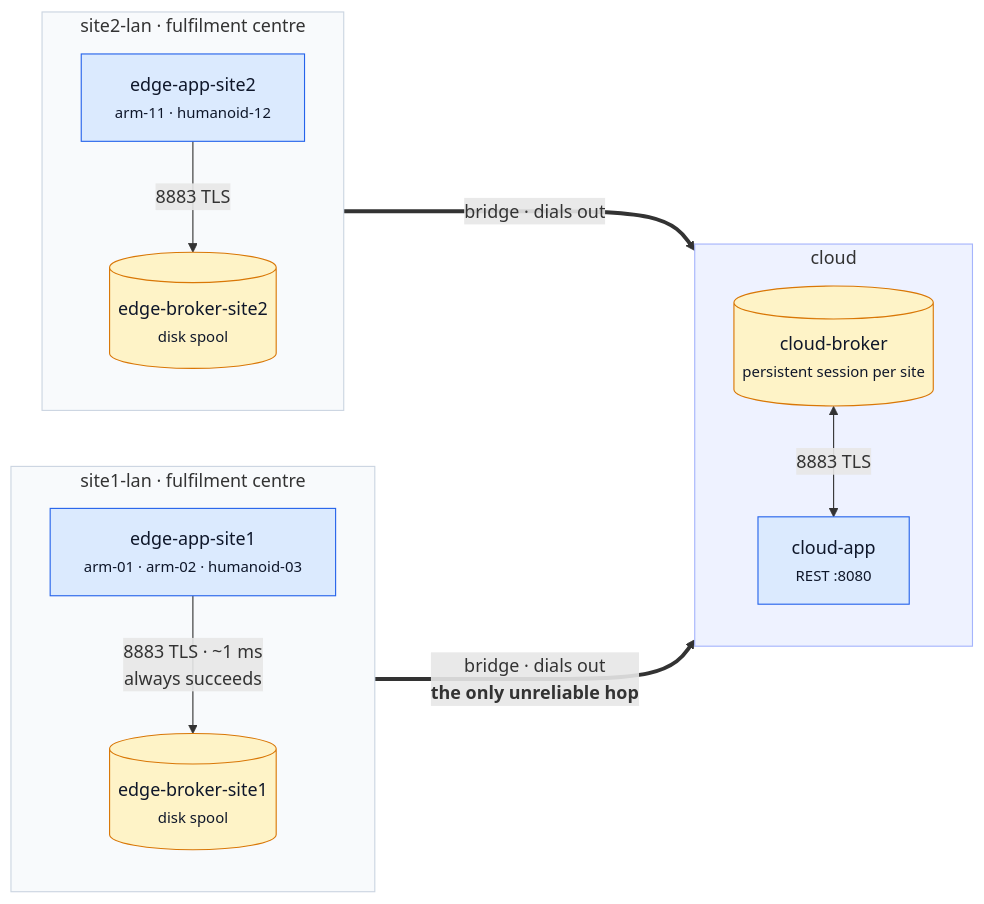
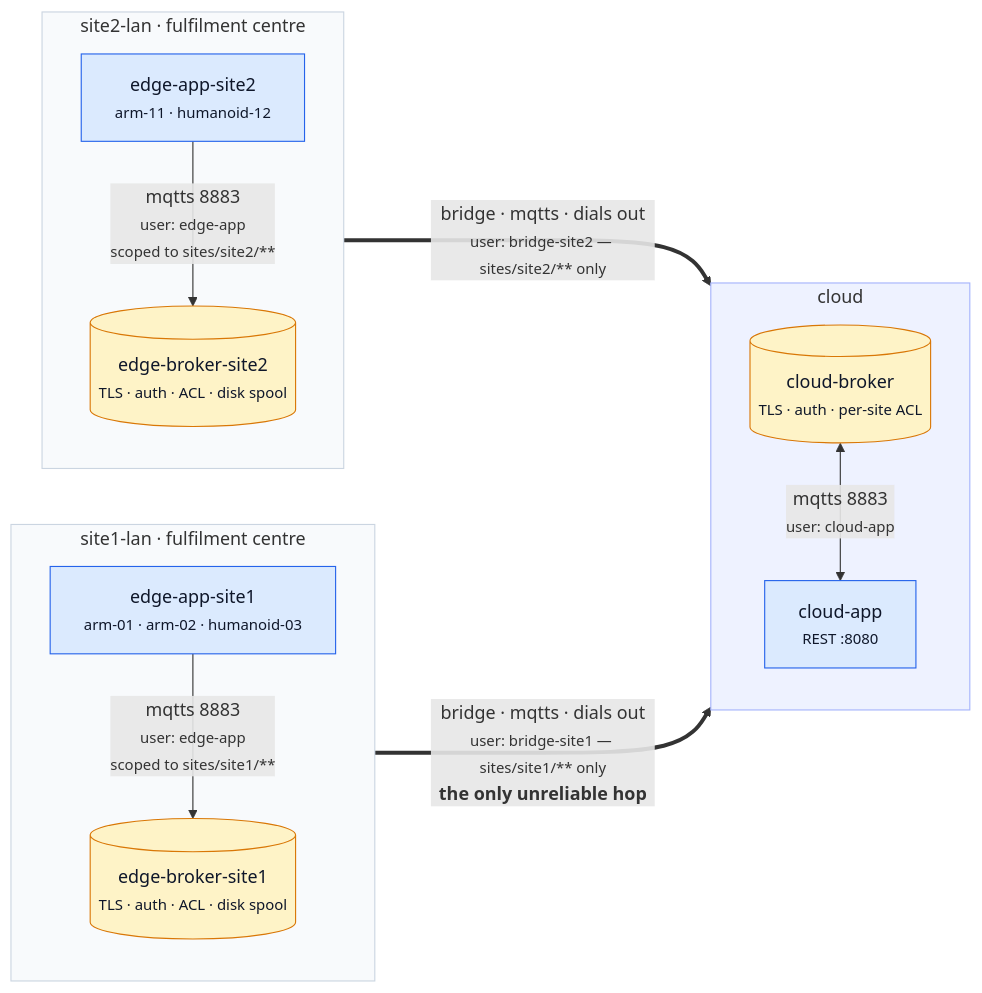
Before and after one commit to jinternals/mqtt: the first of 4 diagrams in README.md, drawn with Mermaid. The commit also changed other lines of this file and 1 other file, not shown here.

First line of the commit message:
docs: put security in the diagrams — TLS, credentials and the ACL boundary

````diff
--- a/README.md
+++ b/README.md
@@ -48,34 +48,34 @@
 ```mermaid
 flowchart LR
     subgraph S1["site1-lan · fulfilment centre"]
         direction TB
         EA1["edge-app-site1<br/><small>arm-01 · arm-02 · humanoid-03</small>"]
-        EB1[("edge-broker-site1<br/><small>disk spool</small>")]
-        EA1 -->|"8883 TLS · ~1 ms<br/>always succeeds"| EB1
+        EB1[("edge-broker-site1<br/><small>TLS · auth · ACL · disk spool</small>")]
+        EA1 -->|"mqtts 8883<br/><small>user: edge-app<br/>scoped to sites/site1/**</small>"| EB1
     end
 
     subgraph S2["site2-lan · fulfilment centre"]
         direction TB
         EA2["edge-app-site2<br/><small>arm-11 · humanoid-12</small>"]
-        EB2[("edge-broker-site2<br/><small>disk spool</small>")]
-        EA2 -->|"8883 TLS"| EB2
+        EB2[("edge-broker-site2<br/><small>TLS · auth · ACL · disk spool</small>")]
+        EA2 -->|"mqtts 8883<br/><small>user: edge-app<br/>scoped to sites/site2/**</small>"| EB2
     end
 
     subgraph W["cloud"]
         direction TB
-        CB[("cloud-broker<br/><small>persistent session per site</small>")]
+        CB[("cloud-broker<br/><small>TLS · auth · per-site ACL</small>")]
         CA["cloud-app<br/><small>REST :8080</small>"]
-        CB <-->|"8883 TLS"| CA
+        CB <-->|"mqtts 8883<br/><small>user: cloud-app</small>"| CA
     end
 
-    EB1 ===>|"bridge · dials out<br/><b>the only unreliable hop</b>"| CB
-    EB2 ===>|"bridge · dials out"| CB
+    EB1 ===>|"bridge · mqtts · dials out<br/><small>user: bridge-site1 — sites/site1/** only</small><br/><b>the only unreliable hop</b>"| CB
+    EB2 ===>|"bridge · mqtts · dials out<br/><small>user: bridge-site2 — sites/site2/** only</small>"| CB
 
     classDef app fill:#dbeafe,stroke:#2563eb,color:#0f172a
     classDef broker fill:#fef3c7,stroke:#d97706,color:#0f172a
     class EA1,EA2,CA app
     class EB1,EB2,CB broker
     style S1 fill:#f8fafc,stroke:#cbd5e1
     style S2 fill:#f8fafc,stroke:#cbd5e1
     style W fill:#eef2ff,stroke:#a5b4fc
 ```
````
